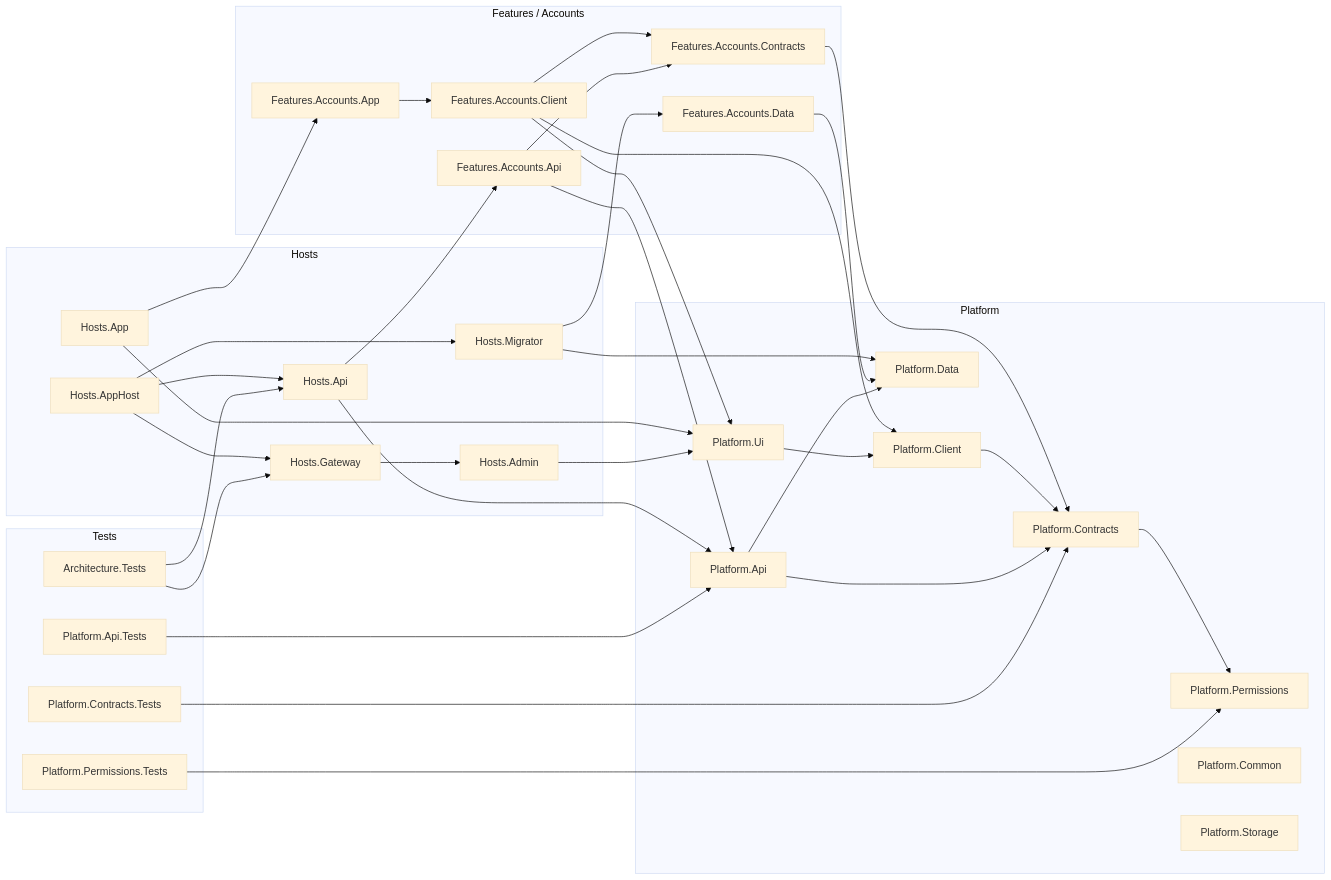
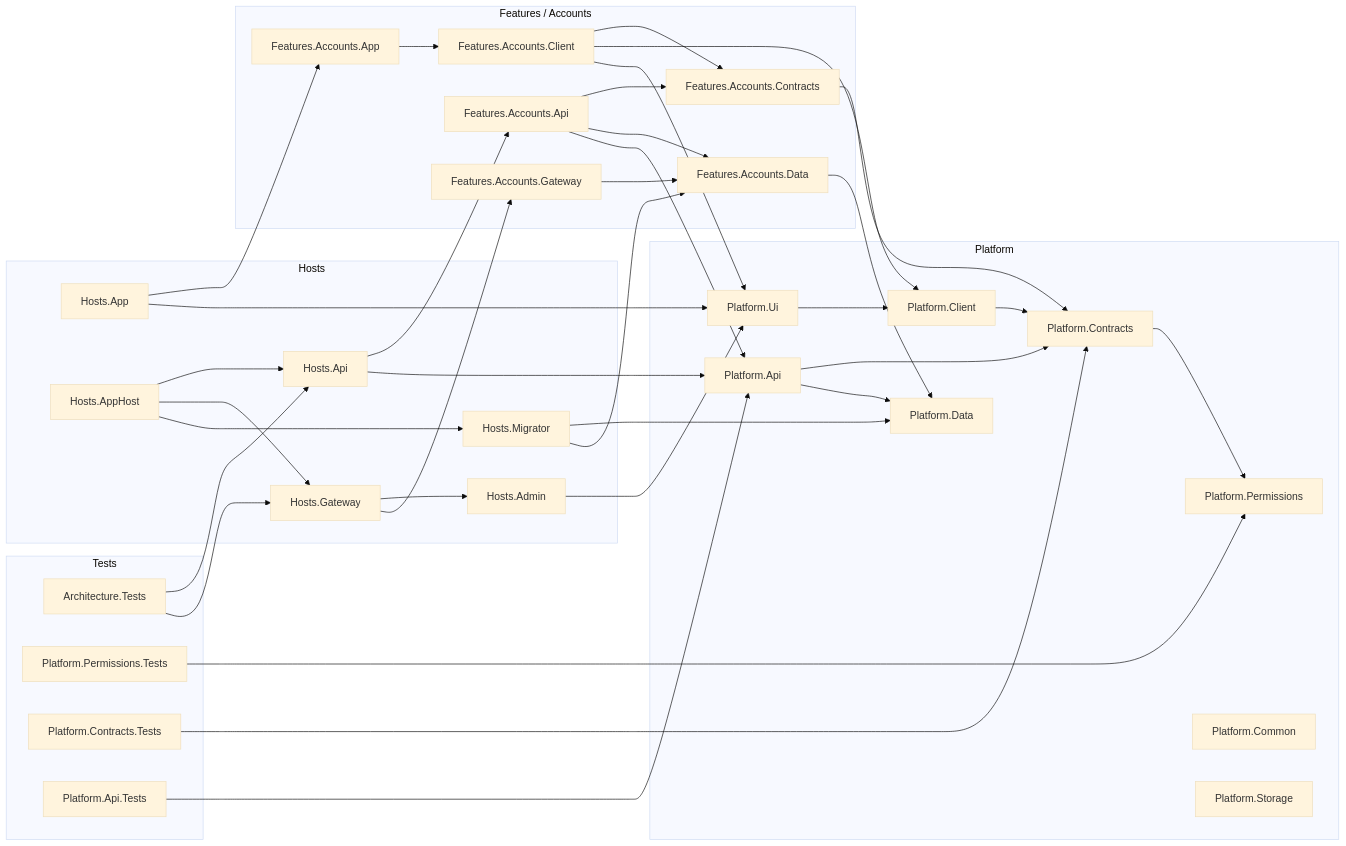
One commit to Asherslab/GSBC.ChurchApp changed the first of 2 diagrams in docs/architecture/repo-layout.md. Above: the diagram before and after it, drawn with Mermaid (base theme). The commit also changed other lines of this file and 40 other files, not shown here.

````diff
--- a/docs/architecture/repo-layout.md
+++ b/docs/architecture/repo-layout.md
@@ -63,60 +63,62 @@
 ```mermaid
 flowchart LR
     subgraph Hosts
         HostsApp["Hosts.App"]
         HostsAdmin["Hosts.Admin"]
         HostsGateway["Hosts.Gateway"]
         HostsApi["Hosts.Api"]
         HostsMigrator["Hosts.Migrator"]
         HostsAppHost["Hosts.AppHost"]
     end
 
     subgraph Accounts["Features / Accounts"]
         AccountsApp["Features.Accounts.App"]
         AccountsClient["Features.Accounts.Client"]
         AccountsApi["Features.Accounts.Api"]
         AccountsData["Features.Accounts.Data"]
+        AccountsGateway["Features.Accounts.Gateway"]
         AccountsContracts["Features.Accounts.Contracts"]
     end
 
     subgraph Platform
         PlatformUi["Platform.Ui"]
         PlatformClient["Platform.Client"]
         PlatformApi["Platform.Api"]
         PlatformData["Platform.Data"]
         PlatformContracts["Platform.Contracts"]
         PlatformPermissions["Platform.Permissions"]
         PlatformCommon["Platform.Common"]
         PlatformStorage["Platform.Storage"]
     end
 
     subgraph Tests
         ArchitectureTests["Architecture.Tests"]
         PermissionsTests["Platform.Permissions.Tests"]
         ContractsTests["Platform.Contracts.Tests"]
         ApiTests["Platform.Api.Tests"]
     end
 
     HostsAppHost --> HostsApi & HostsGateway & HostsMigrator
-    HostsGateway --> HostsAdmin
+    HostsGateway --> HostsAdmin & AccountsGateway
     HostsApp --> AccountsApp & PlatformUi
     HostsAdmin --> PlatformUi
     HostsApi --> AccountsApi & PlatformApi
     HostsMigrator --> PlatformData & AccountsData
 
     AccountsApp --> AccountsClient
     AccountsClient --> AccountsContracts & PlatformClient & PlatformUi
-    AccountsApi --> AccountsContracts & PlatformApi
+    AccountsApi --> AccountsContracts & AccountsData & PlatformApi
+    AccountsGateway --> AccountsData
     AccountsContracts --> PlatformContracts
     AccountsData --> PlatformData
 
     PlatformUi --> PlatformClient
     PlatformClient --> PlatformContracts
     PlatformApi --> PlatformContracts & PlatformData
     PlatformContracts --> PlatformPermissions
 
     ArchitectureTests --> HostsApi & HostsGateway
     PermissionsTests --> PlatformPermissions
     ContractsTests --> PlatformContracts
     ApiTests --> PlatformApi
 ```
````
